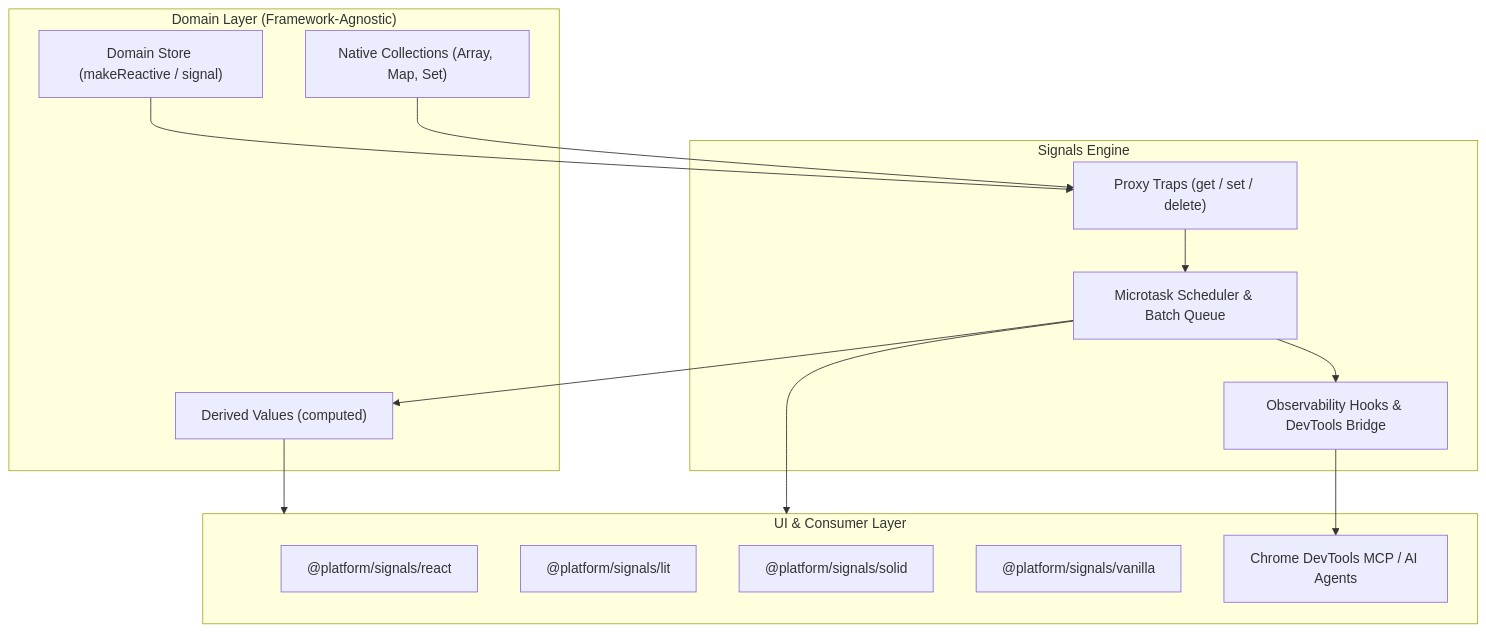
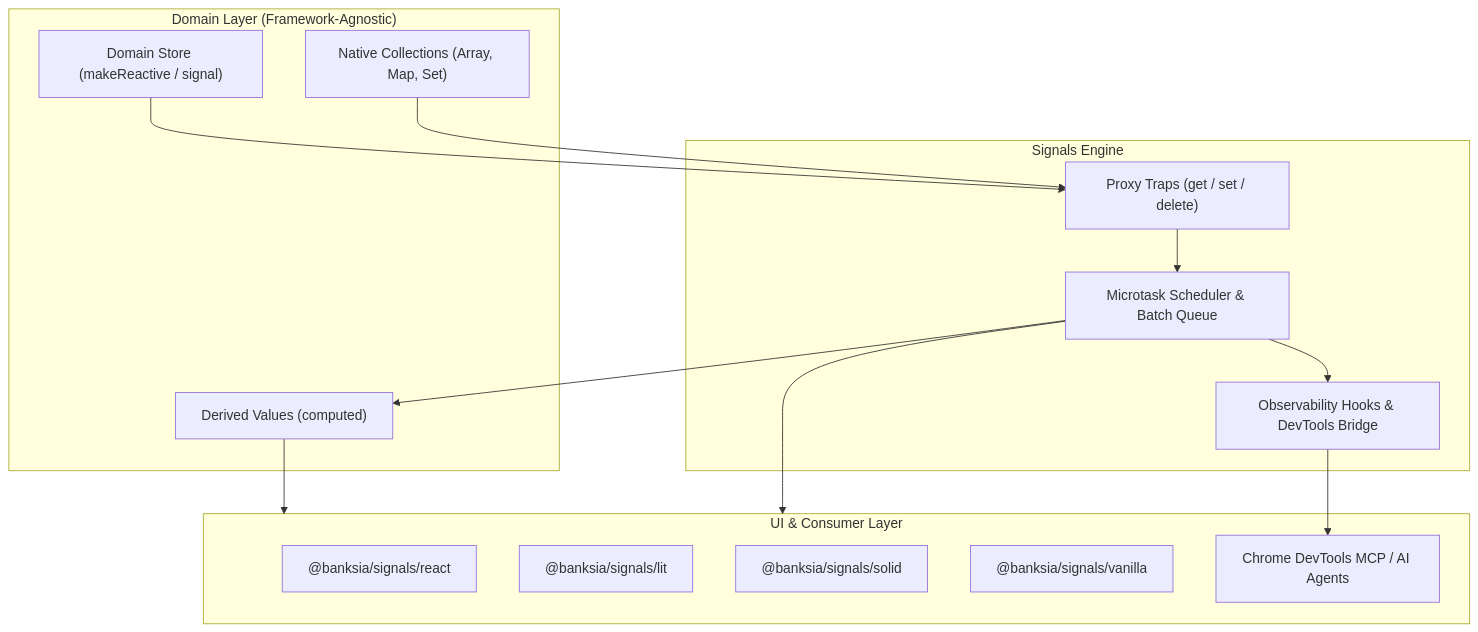
The first of 2 diagrams in README.md (Banksia-Corp/signals), drawn with Mermaid before and after one commit. The commit also changed other lines of this file and 17 other files, not shown here.

Commit message:
docs: update README with @banksia/signals package name and repository links (#2)

````diff
--- a/README.md
+++ b/README.md
@@ -59,31 +59,31 @@
 ```mermaid
 flowchart TD
     subgraph Domain ["Domain Layer (Framework-Agnostic)"]
         Store["Domain Store (makeReactive / signal)"]
         Computed["Derived Values (computed)"]
         Collections["Native Collections (Array, Map, Set)"]
     end
 
     subgraph Core ["Signals Engine"]
         ProxyTraps["Proxy Traps (get / set / delete)"]
         Scheduler["Microtask Scheduler & Batch Queue"]
         Telemetry["Observability Hooks & DevTools Bridge"]
     end
 
     subgraph ViewAdapters ["UI & Consumer Layer"]
-        React["@platform/signals/react"]
-        Lit["@platform/signals/lit"]
-        Solid["@platform/signals/solid"]
-        Vanilla["@platform/signals/vanilla"]
+        React["@banksia/signals/react"]
+        Lit["@banksia/signals/lit"]
+        Solid["@banksia/signals/solid"]
+        Vanilla["@banksia/signals/vanilla"]
         MCP["Chrome DevTools MCP / AI Agents"]
     end
 
     Store --> ProxyTraps
     Collections --> ProxyTraps
     ProxyTraps --> Scheduler
     Scheduler --> Computed
     Scheduler --> Telemetry
     Computed --> ViewAdapters
     Scheduler --> ViewAdapters
     Telemetry --> MCP
 ```
````
